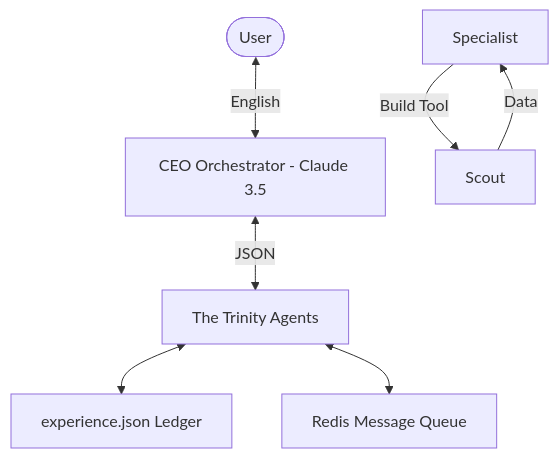
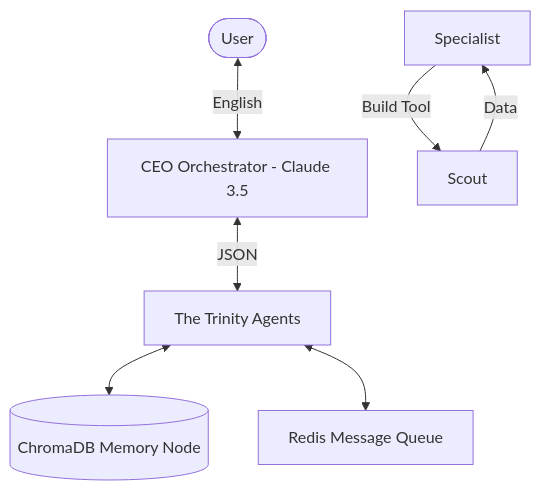
One commit to imranshiundu/AgentPrometheus changed the diagram in SYSTEM_ARCHITECTURE.md. Above: the diagram before and after it, drawn with Mermaid. The commit also changed other lines of this file and 4 other files, not shown here.

Commit message:
V4.1: Implementation of Vector-Based Experience Ledger (ChromaDB)

````diff
--- a/SYSTEM_ARCHITECTURE.md
+++ b/SYSTEM_ARCHITECTURE.md
@@ -34,10 +34,10 @@
 ```mermaid
 graph TD
     User([User]) <-->|English| CEO[CEO Orchestrator - Claude 3.5]
     CEO <-->|JSON| Trinity[The Trinity Agents]
-    Trinity <--> Memory[experience.json Ledger]
+    Trinity <--> VectorDB[(ChromaDB Memory Node)]
     Trinity <--> Redis[Redis Message Queue]
     
     Hephaestus[Specialist] -->|Build Tool| Hermes[Scout]
     Hermes -->|Data| Hephaestus
 ```
````
